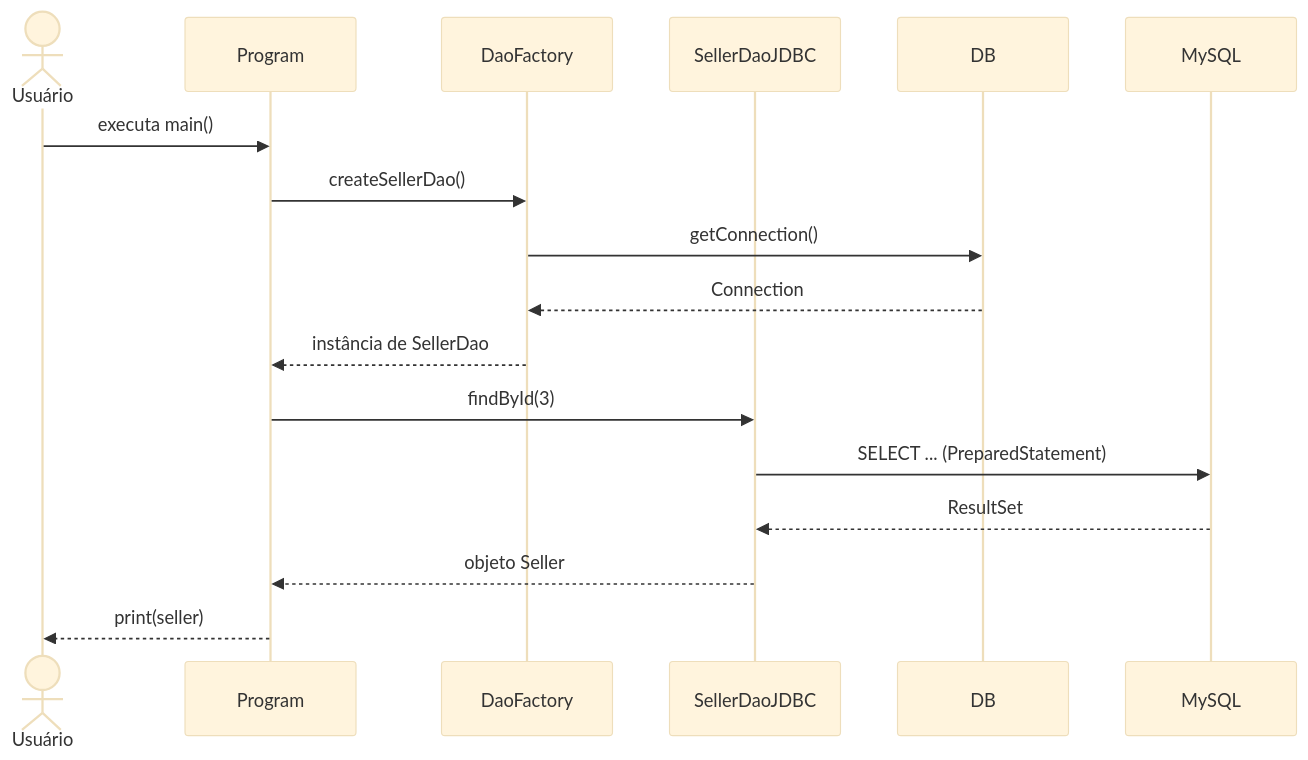
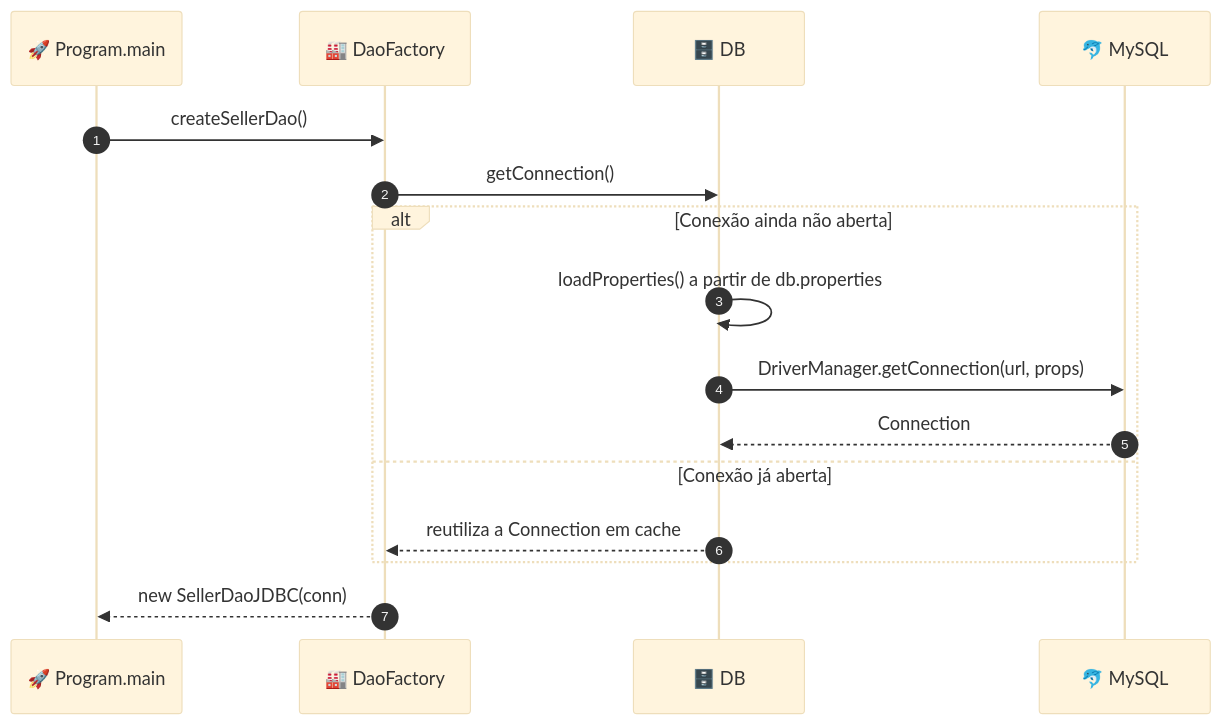
Before and after one commit to VictorHJesusSantiago/demo_dao_jdbc: the fourth of 8 diagrams in README_PT.md, drawn with Mermaid (base theme). The commit also changed other lines of this file and 3 other files, not shown here.

````diff
--- a/README_PT.md
+++ b/README_PT.md
@@ -611,20 +588,19 @@
 ```mermaid
 sequenceDiagram
-    actor U as Usuário
-    participant P as Program
-    participant F as DaoFactory
-    participant S as SellerDaoJDBC
-    participant D as DB
-    participant M as MySQL
+    autonumber
+    participant P as 🚀 Program.main
+    participant F as 🏭 DaoFactory
+    participant D as 🗄️ DB
+    participant M as 🐬 MySQL
 
-    U->>P: executa main()
     P->>F: createSellerDao()
     F->>D: getConnection()
-    D-->>F: Connection
-    F-->>P: instância de SellerDao
-    P->>S: findById(3)
-    S->>M: SELECT ... (PreparedStatement)
-    M-->>S: ResultSet
-    S-->>P: objeto Seller
-    P-->>U: print(seller)
+    alt Conexão ainda não aberta
+        D->>D: loadProperties() a partir de db.properties
+        D->>M: DriverManager.getConnection(url, props)
+        M-->>D: Connection
+    else Conexão já aberta
+        D-->>F: reutiliza a Connection em cache
+    end
+    F-->>P: new SellerDaoJDBC(conn)
 ```
````
